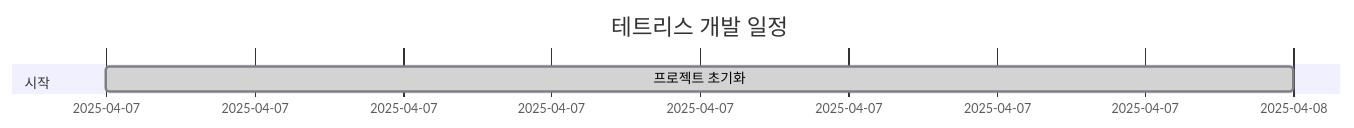
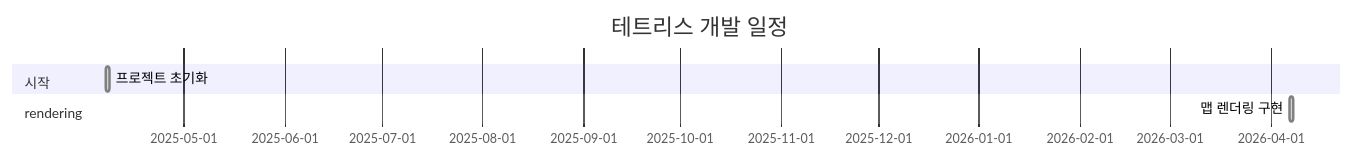
Before and after one commit to Chance031/Tetris-cpp: the diagram in README.md, drawn with Mermaid. The commit also changed other lines of this file, not shown here.

````diff
--- a/README.md
+++ b/README.md
@@ -19,7 +19,9 @@
 ```mermaid
 gantt
     title 테트리스 개발 일정
     dateFormat YYYY-MM-DD
     section 시작
         프로젝트 초기화 :done, init, 2025-04-07, 1d
+    section rendering
+        맵 렌더링 구현 :done, t94196, 2026-04-07, 1d
 ```
````
